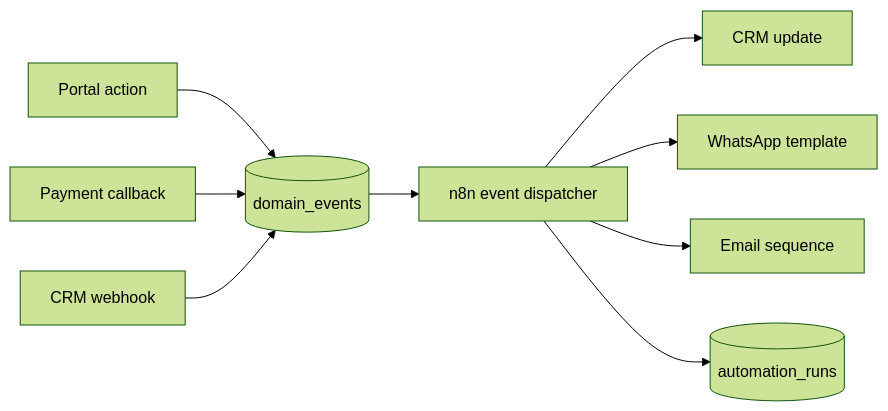
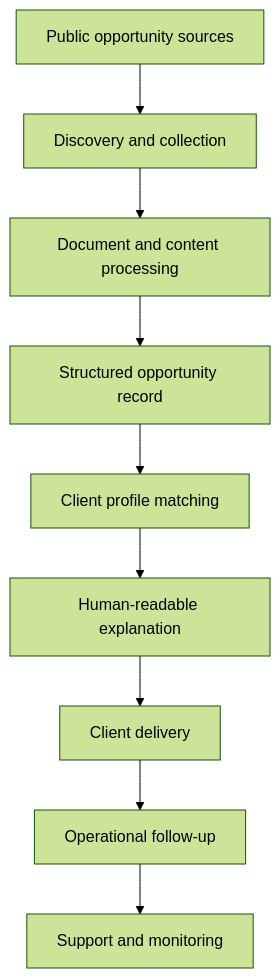
Before and after one commit to Pilike/AI-Tender-Intelligence-Platform: the diagram in docs/architecture.md, drawn with Mermaid (forest theme). The commit also changed other lines of this file and 19 other files, not shown here.

````diff
--- a/docs/architecture.md
+++ b/docs/architecture.md
@@ -117,11 +15,11 @@
 ```mermaid
-flowchart LR
-    A[Portal action] --> B[(domain_events)]
-    C[Payment callback] --> B
-    D[CRM webhook] --> B
-    B --> E[n8n event dispatcher]
-    E --> F[CRM update]
-    E --> G[WhatsApp template]
-    E --> H[Email sequence]
-    E --> I[(automation_runs)]
+flowchart TB
+    A[Public opportunity sources] --> B[Discovery and collection]
+    B --> C[Document and content processing]
+    C --> D[Structured opportunity record]
+    D --> E[Client profile matching]
+    E --> F[Human-readable explanation]
+    F --> G[Client delivery]
+    G --> H[Operational follow-up]
+    H --> I[Support and monitoring]
 ```
````
